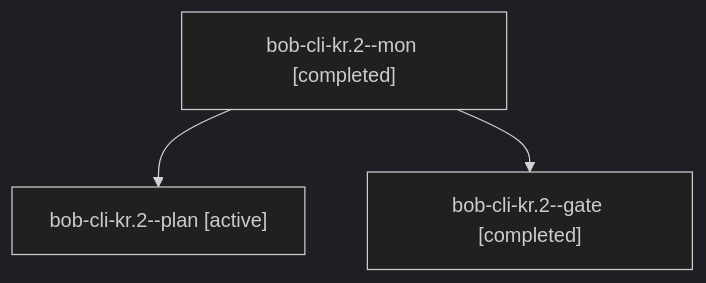
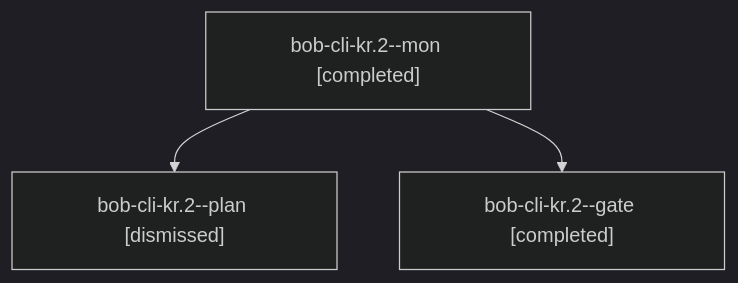
One commit to bobs-org/bob-cli--agents changed the diagram in sessions/bbugyi200.apollo.bob-cli-kr.2.md. Above: the diagram before and after it, drawn with Mermaid (dark theme). The commit also changed other lines of this file and 84 other files, not shown here.

````diff
--- a/sessions/bbugyi200.apollo.bob-cli-kr.2.md
+++ b/sessions/bbugyi200.apollo.bob-cli-kr.2.md
@@ -9,8 +9,8 @@
 ```mermaid
 flowchart TD
   n0["bob-cli-kr.2--mon [completed]"]
-  n1["bob-cli-kr.2--plan [active]"]
+  n1["bob-cli-kr.2--plan [dismissed]"]
   n0 --> n1
   n2["bob-cli-kr.2--gate [completed]"]
   n0 --> n2
 ```
````
